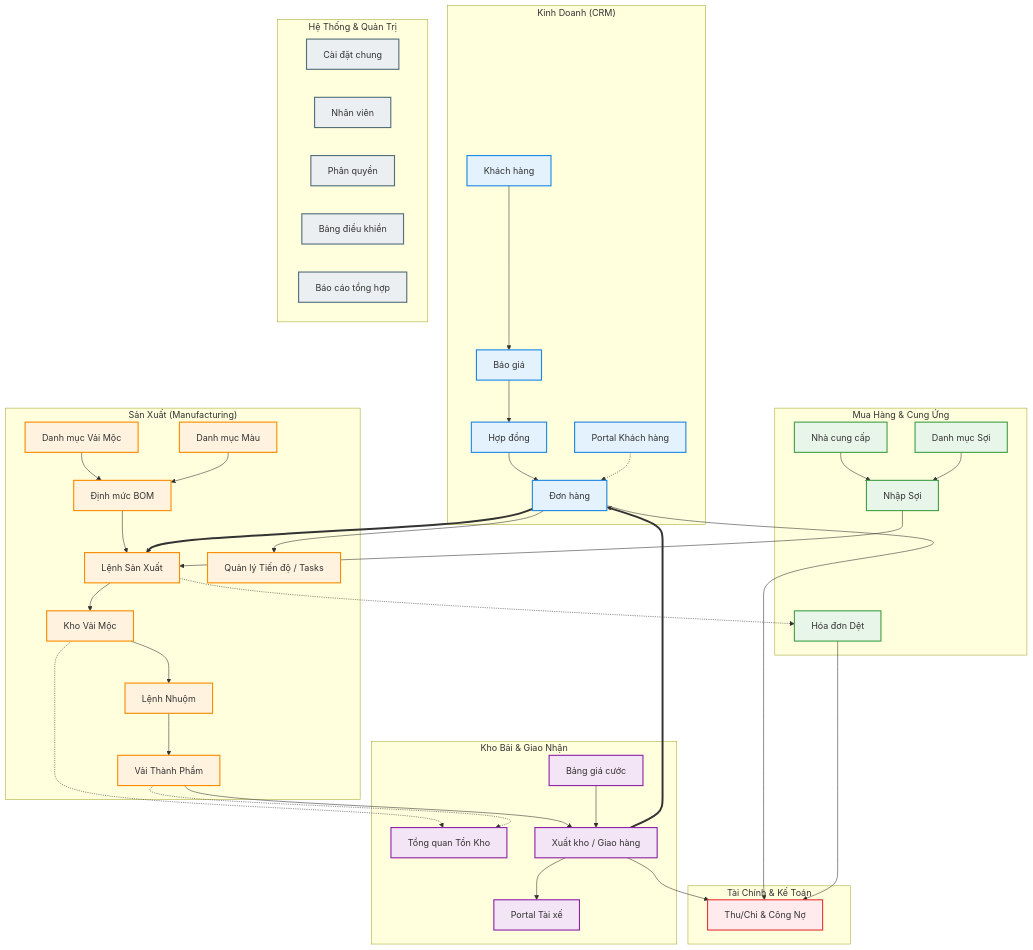
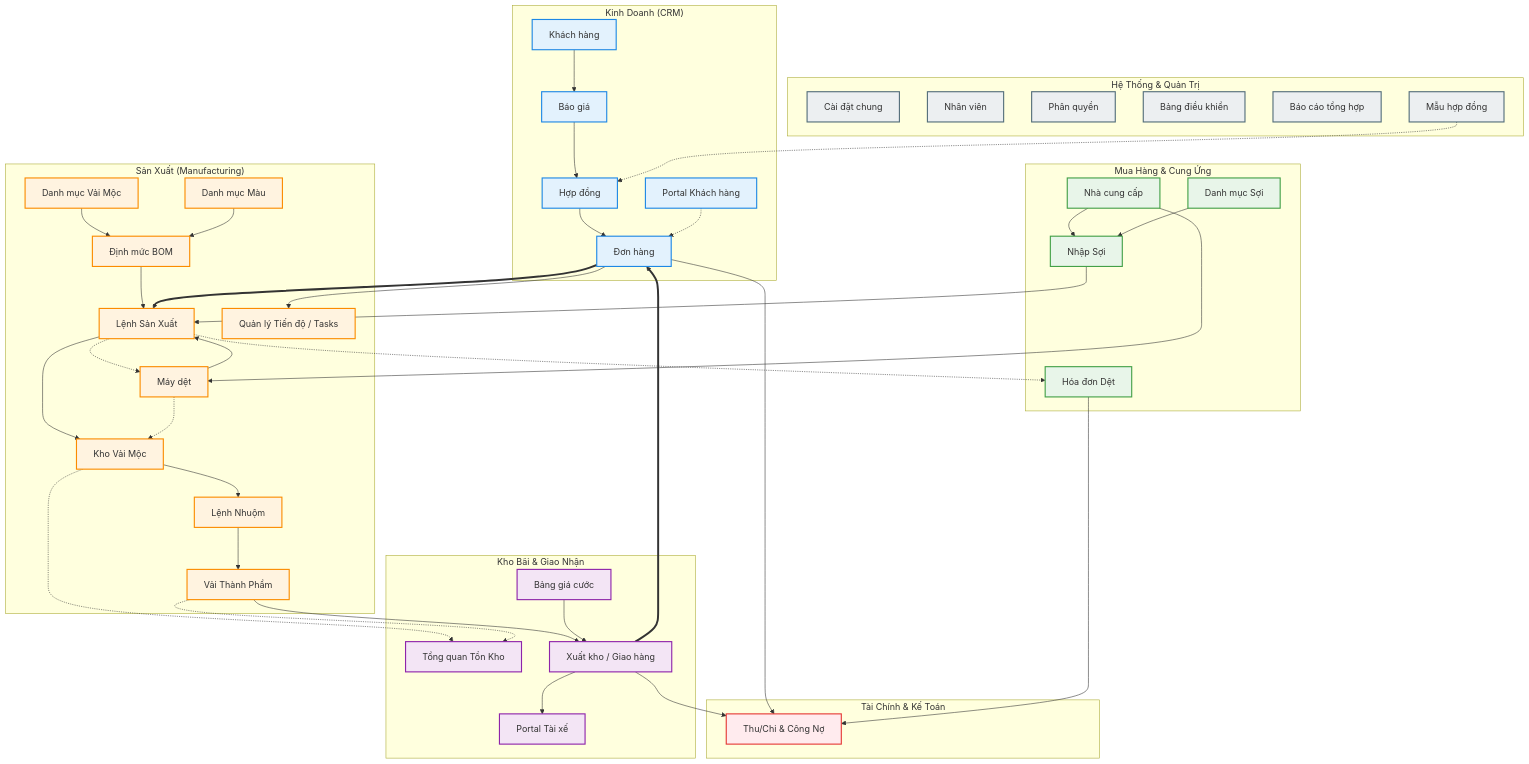
The diagram in docs/module-map.md (vutienluc-gitgub/VinhPhatERP), drawn with Mermaid before and after one commit. The commit also changed other lines of this file and 17 other files, not shown here.

````diff
--- a/docs/module-map.md
+++ b/docs/module-map.md
@@ -43,6 +45,7 @@
     subgraph Production ["Sản Xuất (Manufacturing)"]
         FabricCat[Danh mục Vải Mộc]:::production
         ColorCat[Danh mục Màu]:::production
+        Looms[Máy dệt]:::production
         BOM[Định mức BOM]:::production
         WorkOrders[Lệnh Sản Xuất]:::production
         RawFabric[Kho Vải Mộc]:::production
@@ -53,6 +56,8 @@
         FabricCat --> BOM
         ColorCat --> BOM
         BOM --> WorkOrders
+        Suppliers --> Looms
+        Looms --> WorkOrders
         YarnReceipts --> WorkOrders
         WorkOrders --> RawFabric
         RawFabric --> DyeingOrders
@@ -90,10 +95,14 @@
         Auth[Phân quyền]:::system
         Dashboard[Bảng điều khiển]:::system
         Reports[Báo cáo tổng hợp]:::system
+        ContractTemplates[Mẫu hợp đồng]:::system
     end
 
     %% Cross-domain relations
     Orders ==> WorkOrders
     WorkOrders -.-> WeavingInvoices
+    WorkOrders -.-> Looms
+    Looms -.-> RawFabric
+    ContractTemplates -.-> Contracts
     Shipments ==> Orders
 ```
````
